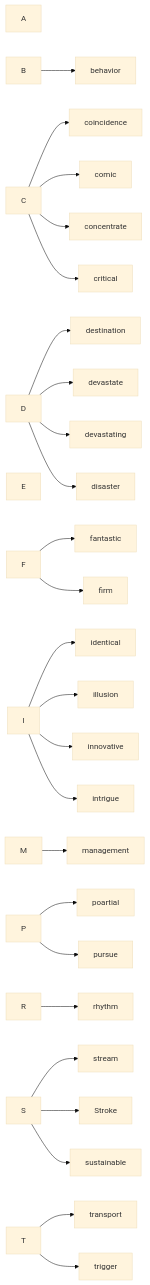
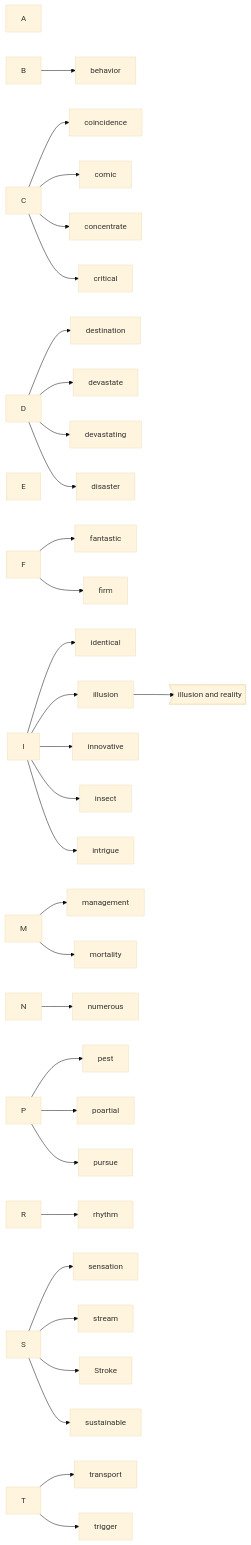
Before and after one commit to iowrite/vocabulary: the diagram in vocabulary.mmd, drawn with Mermaid (base theme).

```diff
--- a/vocabulary.mmd
+++ b/vocabulary.mmd
@@ -1,27 +1,33 @@
 graph LR
     A
     B-->behavior
     C-->coincidence
     C-->comic
     C-->concentrate
     C-->critical
     D-->destination
     D-->devastate
     D-->devastating
     D-->disaster
     E
     F-->fantastic
     F-->firm
     I-->identical
     I-->illusion
+        illusion-->illusion_1>illusion and reality]
     I-->innovative
+    I-->insect
     I-->intrigue
     M-->management
+    M-->mortality
+    N-->numerous
+    P-->pest
     P-->poartial
     P-->pursue
     R-->rhythm
+    S-->sensation
     S-->stream
     S-->Stroke
     S-->sustainable
     T-->transport
     T-->trigger
```
